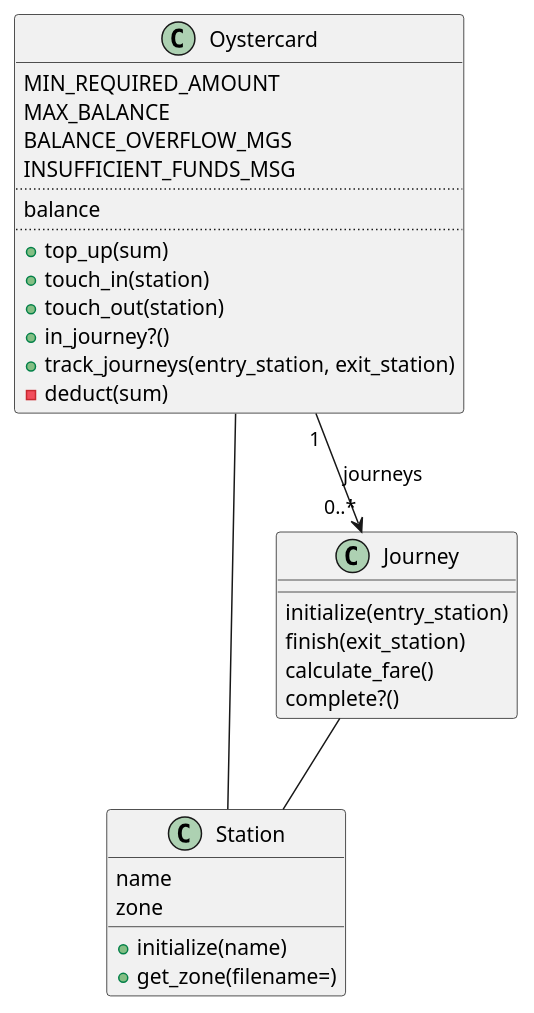
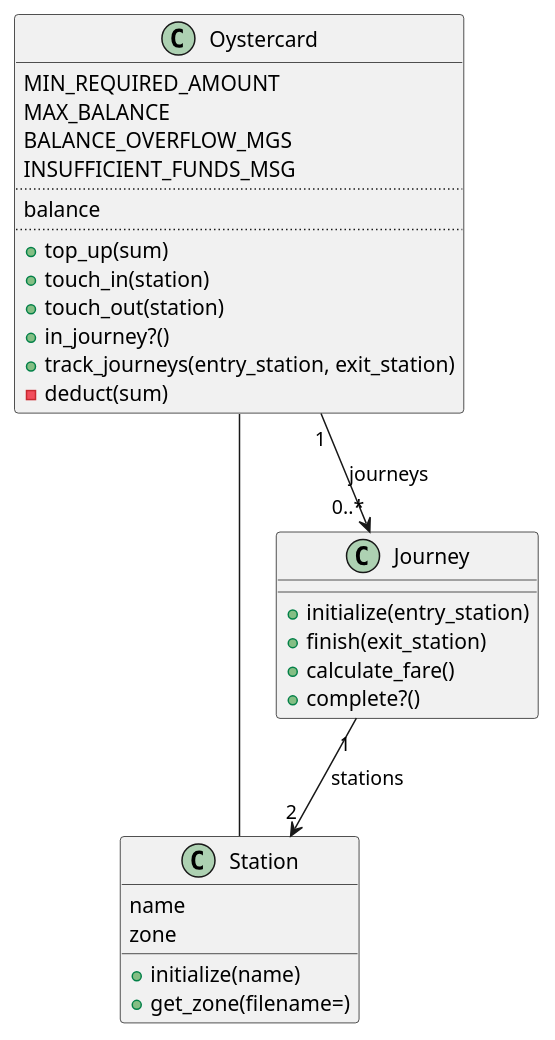
One commit to meta-morpho-sys/new_oystercard changed the diagram in oystercard.puml. Above: the diagram before and after it, drawn with PlantUML. The commit also changed 7 other files, not shown here.

```diff
--- a/oystercard.puml
+++ b/oystercard.puml
@@ -1,39 +1,39 @@
 @startuml
 
 class Oystercard {
     MIN_REQUIRED_AMOUNT
     MAX_BALANCE
     BALANCE_OVERFLOW_MGS
     INSUFFICIENT_FUNDS_MSG
     ..
     balance
     ..
     + top_up(sum)
     + touch_in(station)
     + touch_out(station)
     + in_journey?()
     + track_journeys(entry_station, exit_station)
     - deduct(sum)
 }
 
 class Station {
     name
     zone
     + initialize(name)
     + get_zone(filename=)
 }
 
 class Journey {
-    initialize(entry_station)
-    finish(exit_station)
-    calculate_fare()
-    complete?()
+    + initialize(entry_station)
+    + finish(exit_station)
+    + calculate_fare()
+    + complete?()
 }
 
 Oystercard -- Station
-Journey -- Station
+Journey "1" --> "2" Station: stations
 Oystercard "1" --> "0..*" Journey: journeys
 
 
 
 @enduml
```
